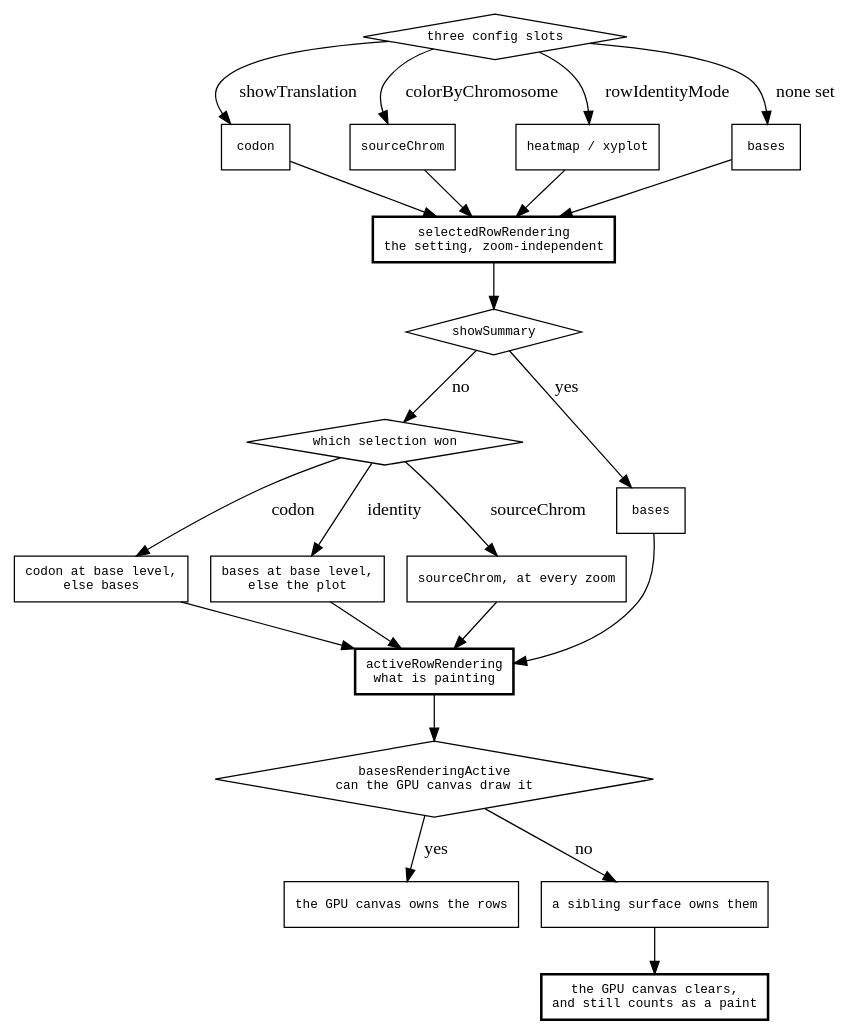
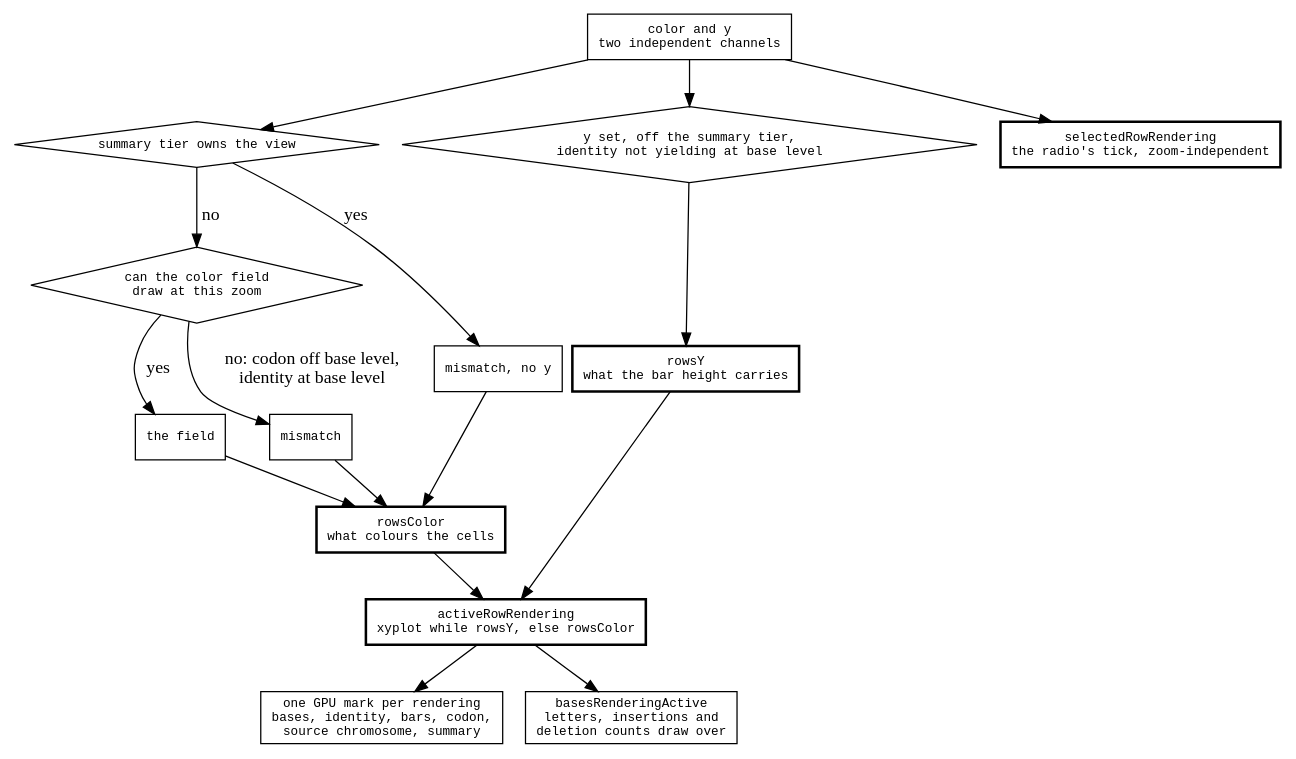
Before and after one commit to GMOD/jbrowse-components: the diagram in agent-docs/mechanisms/diagrams/maf-rendering.dot, drawn with Graphviz. The commit also changed 7 other files, not shown here.

First line of the commit message:
MAF decision tree: the rendering and the cell follow the color and y channels

```diff
--- a/agent-docs/mechanisms/diagrams/maf-rendering.dot
+++ b/agent-docs/mechanisms/diagrams/maf-rendering.dot
@@ -1,45 +1,38 @@
 digraph maf_rendering {
   rankdir=TB
   node [shape=box fontname=monospace fontsize=10]
-  { node [shape=diamond] slots; summaryTier; kind; base }
+  { node [shape=diamond] summaryTier; field; y }
 
-  slots [label="three config slots"]
-  slots -> codon [label=" showTranslation"]
-  slots -> chrom [label=" colorByChromosome"]
-  slots -> ident [label=" rowIdentityMode"]
-  slots -> bases [label=" none set"]
-  codon [label="codon"]
-  chrom [label="sourceChrom"]
-  ident [label="heatmap / xyplot"]
-  bases [label="bases"]
+  slots [label="color and y\ntwo independent channels"]
 
-  selected [label="selectedRowRendering\nthe setting, zoom-independent", style=bold]
-  codon -> selected  chrom -> selected  ident -> selected  bases -> selected
+  selected [label="selectedRowRendering\nthe radio's tick, zoom-independent", style=bold]
+  slots -> selected
 
-  summaryTier [label="showSummary"]
-  selected -> summaryTier
+  summaryTier [label="summary tier owns the view"]
+  slots -> summaryTier
   summaryTier -> fallback [label=" yes"]
-  summaryTier -> kind     [label=" no"]
-  fallback [label="bases"]
+  fallback [label="mismatch, no y"]
 
-  kind [label="which selection won"]
-  kind -> codonZoom [label=" codon"]
-  kind -> identZoom [label=" identity"]
-  kind -> chrom2    [label=" sourceChrom"]
-  codonZoom [label="codon at base level,\nelse bases"]
-  identZoom [label="bases at base level,\nelse the plot"]
-  chrom2 [label="sourceChrom, at every zoom"]
+  field [label="can the color field\ndraw at this zoom"]
+  summaryTier -> field [label=" no"]
+  field -> keep [label=" yes"]
+  field -> mismatch [label=" no: codon off base level,\n identity at base level"]
+  keep [label="the field"]
+  mismatch [label="mismatch"]
 
-  active [label="activeRowRendering\nwhat is painting", style=bold]
-  fallback -> active  codonZoom -> active  identZoom -> active  chrom2 -> active
+  rowsColor [label="rowsColor\nwhat colours the cells", style=bold]
+  fallback -> rowsColor  keep -> rowsColor  mismatch -> rowsColor
 
-  base [label="basesRenderingActive\ncan the GPU canvas draw it"]
+  y [label="y set, off the summary tier,\nidentity not yielding at base level"]
+  slots -> y
+  rowsY [label="rowsY\nwhat the bar height carries", style=bold]
+  y -> rowsY
+
+  active [label="activeRowRendering\nxyplot while rowsY, else rowsColor", style=bold]
+  rowsColor -> active  rowsY -> active
+
+  marks [label="one GPU mark per rendering\nbases, identity, bars, codon,\nsource chromosome, summary"]
+  active -> marks
+  base [label="basesRenderingActive\nletters, insertions and\ndeletion counts draw over"]
   active -> base
-  base -> gpu   [label=" yes"]
-  base -> other [label=" no"]
-  gpu [label="the GPU canvas owns the rows"]
-  other [label="a sibling surface owns them"]
-
-  clear [label="the GPU canvas clears,\nand still counts as a paint", style=bold]
-  other -> clear
 }
```
